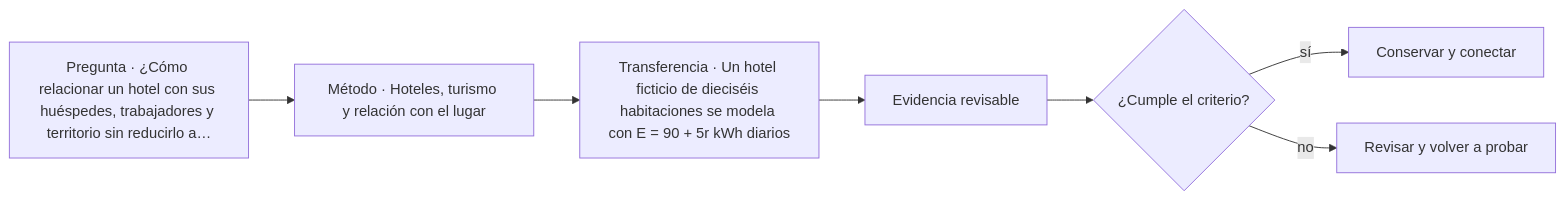
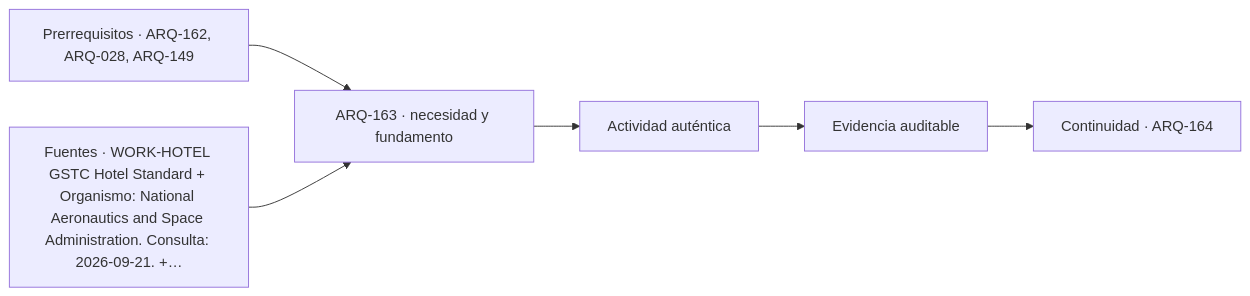
The diagram in classes/parte-17/ARQ-163.md (vladimiracunadev-create/architecture-built-environment-learning-program), drawn with Mermaid before and after one commit. The commit also changed other lines of this file and 761 other files, not shown here.

````diff
--- a/classes/parte-17/ARQ-163.md
+++ b/classes/parte-17/ARQ-163.md
@@ -116,9 +128,8 @@
 ```mermaid
 flowchart LR
-    Q["Pregunta · ¿Cómo relacionar un hotel con sus huéspedes, trabajadores y territorio sin reducirlo a…"] --> M["Método · Hoteles, turismo y relación con el lugar"]
-    M --> P["Transferencia · Un hotel ficticio de dieciséis habitaciones se modela con E = 90 + 5r kWh diarios"]
-    P --> E["Evidencia revisable"]
-    E --> C{"¿Cumple el criterio?"}
-    C -->|sí| T["Conservar y conectar"]
-    C -->|no| R["Revisar y volver a probar"]
+    A["Prerrequisitos · ARQ-162, ARQ-028, ARQ-149"] --> B["ARQ-163 · necesidad y fundamento"]
+    S["Fuentes · WORK-HOTEL GSTC Hotel Standard + Organismo: National Aeronautics and Space Administration. Consulta: 2026-09-21. +…"] --> B
+    B --> C["Actividad auténtica"]
+    C --> D["Evidencia auditable"]
+    D --> E["Continuidad · ARQ-164"]
 ```
````
